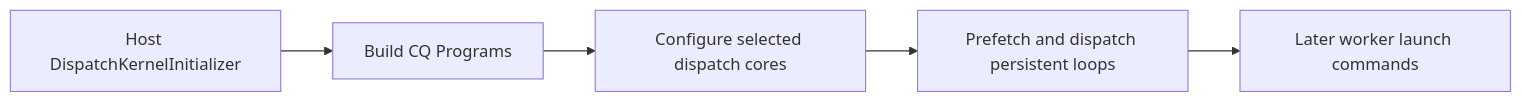
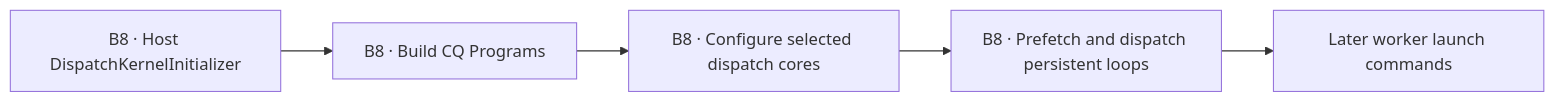
The fifth of 13 diagrams in public/RISC_FIRMWARE_TO_KERNEL_FLOW.md (buicongnguyen/tt-sim), drawn with Mermaid before and after one commit. The commit also changed other lines of this file and 4 other files, not shown here.

Commit message:
Link firmware flow steps to source

````diff
--- a/public/RISC_FIRMWARE_TO_KERNEL_FLOW.md
+++ b/public/RISC_FIRMWARE_TO_KERNEL_FLOW.md
@@ -175,7 +188,7 @@
 ```mermaid
 flowchart LR
-    H[Host DispatchKernelInitializer] --> P[Build CQ Programs]
-    P --> C[Configure selected dispatch cores]
-    C --> L[Prefetch and dispatch persistent loops]
+    H[B8 · Host DispatchKernelInitializer] --> P[B8 · Build CQ Programs]
+    P --> C[B8 · Configure selected dispatch cores]
+    C --> L[B8 · Prefetch and dispatch persistent loops]
     L --> W[Later worker launch commands]
 ```
````
